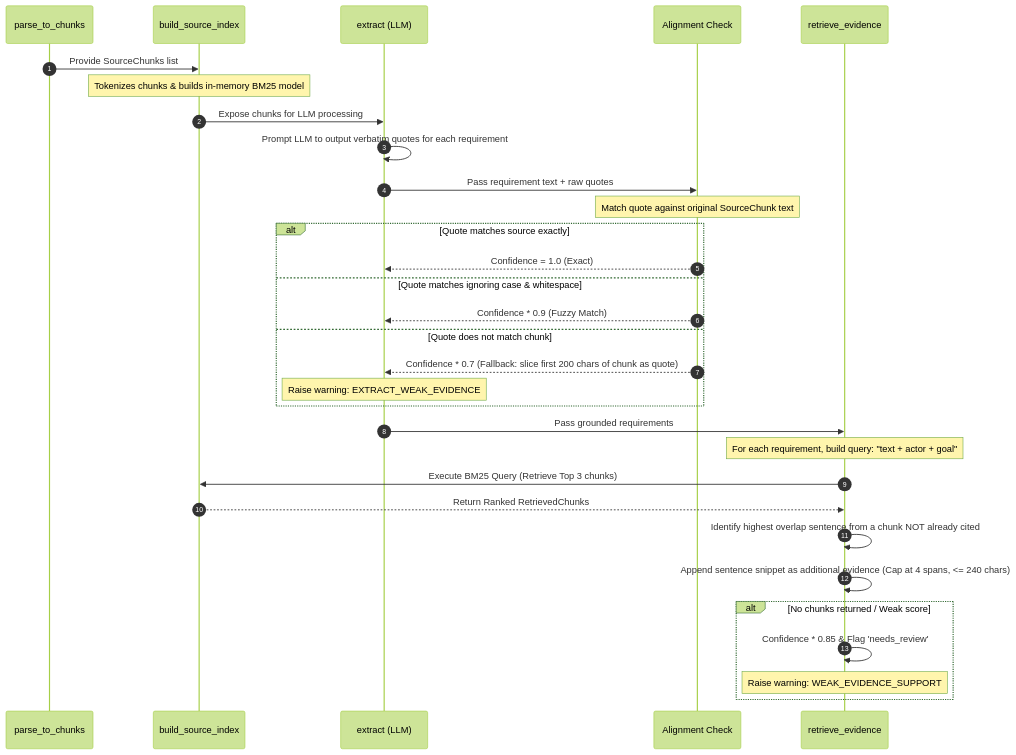
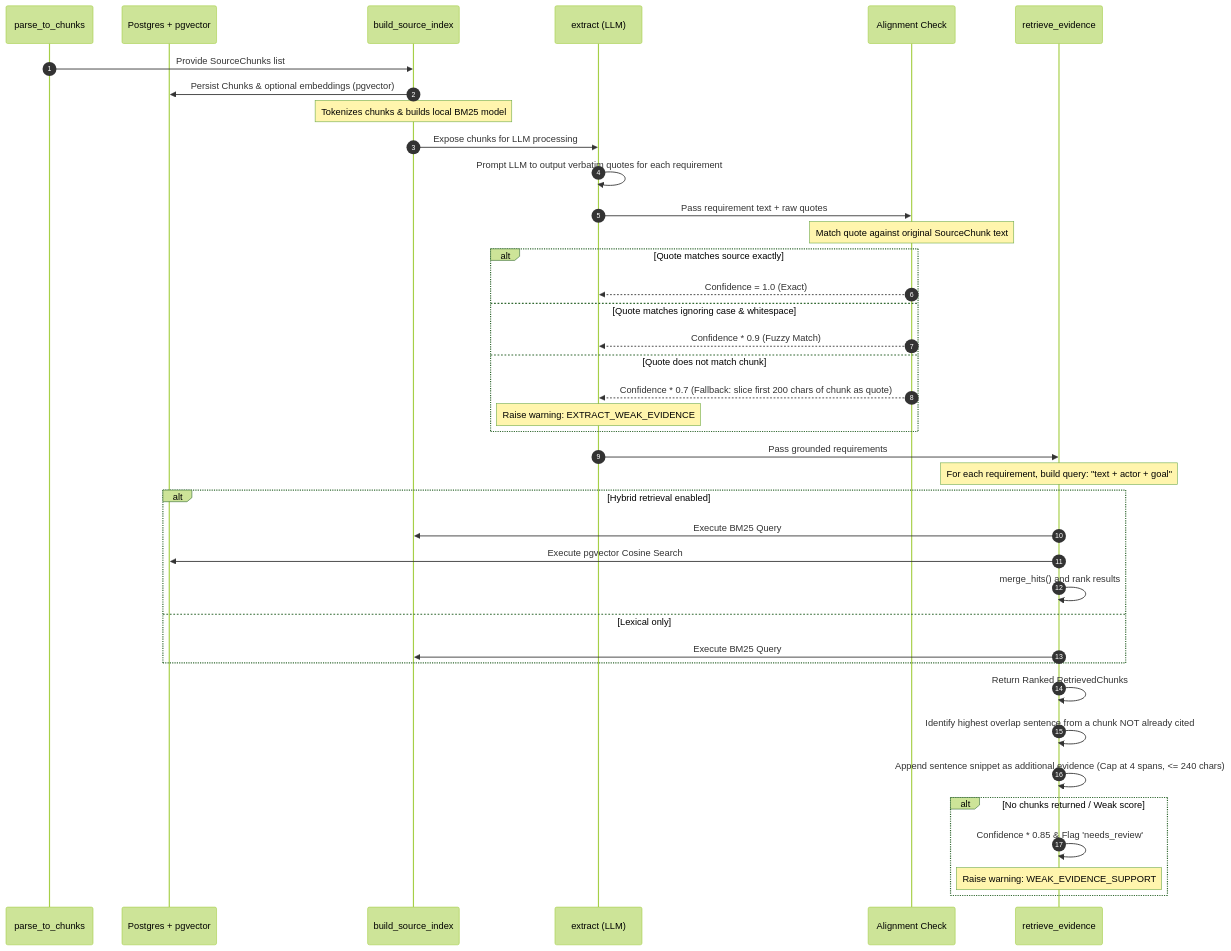
The second of 2 diagrams in docs/rag-grounding-mvp-explanation.md (Requra/ai-pipeline), drawn with Mermaid (forest theme) before and after one commit. The commit also changed other lines of this file and 7 other files, not shown here.

Commit message:
docs: document RAG grounding architecture and pipeline contract, and add database migration and testing infrastructure

````diff
--- a/docs/rag-grounding-mvp-explanation.md
+++ b/docs/rag-grounding-mvp-explanation.md
@@ -115,37 +123,45 @@
 ```mermaid
 sequenceDiagram
     autonumber
     participant Parse as parse_to_chunks
+    participant DB as Postgres + pgvector
     participant Index as build_source_index
     participant Extract as extract (LLM)
     participant Align as Alignment Check
     participant Retrieve as retrieve_evidence
 
     Parse->>Index: Provide SourceChunks list
-    Note over Index: Tokenizes chunks & builds in-memory BM25 model
+    Index->>DB: Persist Chunks & optional embeddings (pgvector)
+    Note over Index: Tokenizes chunks & builds local BM25 model
     Index->>Extract: Expose chunks for LLM processing
     Extract->>Extract: Prompt LLM to output verbatim quotes for each requirement
     Extract->>Align: Pass requirement text + raw quotes
     
     Note over Align: Match quote against original SourceChunk text
     alt Quote matches source exactly
         Align-->>Extract: Confidence = 1.0 (Exact)
     else Quote matches ignoring case & whitespace
         Align-->>Extract: Confidence * 0.9 (Fuzzy Match)
     else Quote does not match chunk
         Align-->>Extract: Confidence * 0.7 (Fallback: slice first 200 chars of chunk as quote)
         Note over Extract: Raise warning: EXTRACT_WEAK_EVIDENCE
     end
     
     Extract->>Retrieve: Pass grounded requirements
     
     Note over Retrieve: For each requirement, build query: "text + actor + goal"
-    Retrieve->>Index: Execute BM25 Query (Retrieve Top 3 chunks)
-    Index-->>Retrieve: Return Ranked RetrievedChunks
+    alt Hybrid retrieval enabled
+        Retrieve->>Index: Execute BM25 Query
+        Retrieve->>DB: Execute pgvector Cosine Search
+        Retrieve->>Retrieve: merge_hits() and rank results
+    else Lexical only
+        Retrieve->>Index: Execute BM25 Query
+    end
+    Retrieve->>Retrieve: Return Ranked RetrievedChunks
     Retrieve->>Retrieve: Identify highest overlap sentence from a chunk NOT already cited
     Retrieve->>Retrieve: Append sentence snippet as additional evidence (Cap at 4 spans, <= 240 chars)
     alt No chunks returned / Weak score
         Retrieve->>Retrieve: Confidence * 0.85 & Flag 'needs_review'
         Note over Retrieve: Raise warning: WEAK_EVIDENCE_SUPPORT
     end
 ```
````
